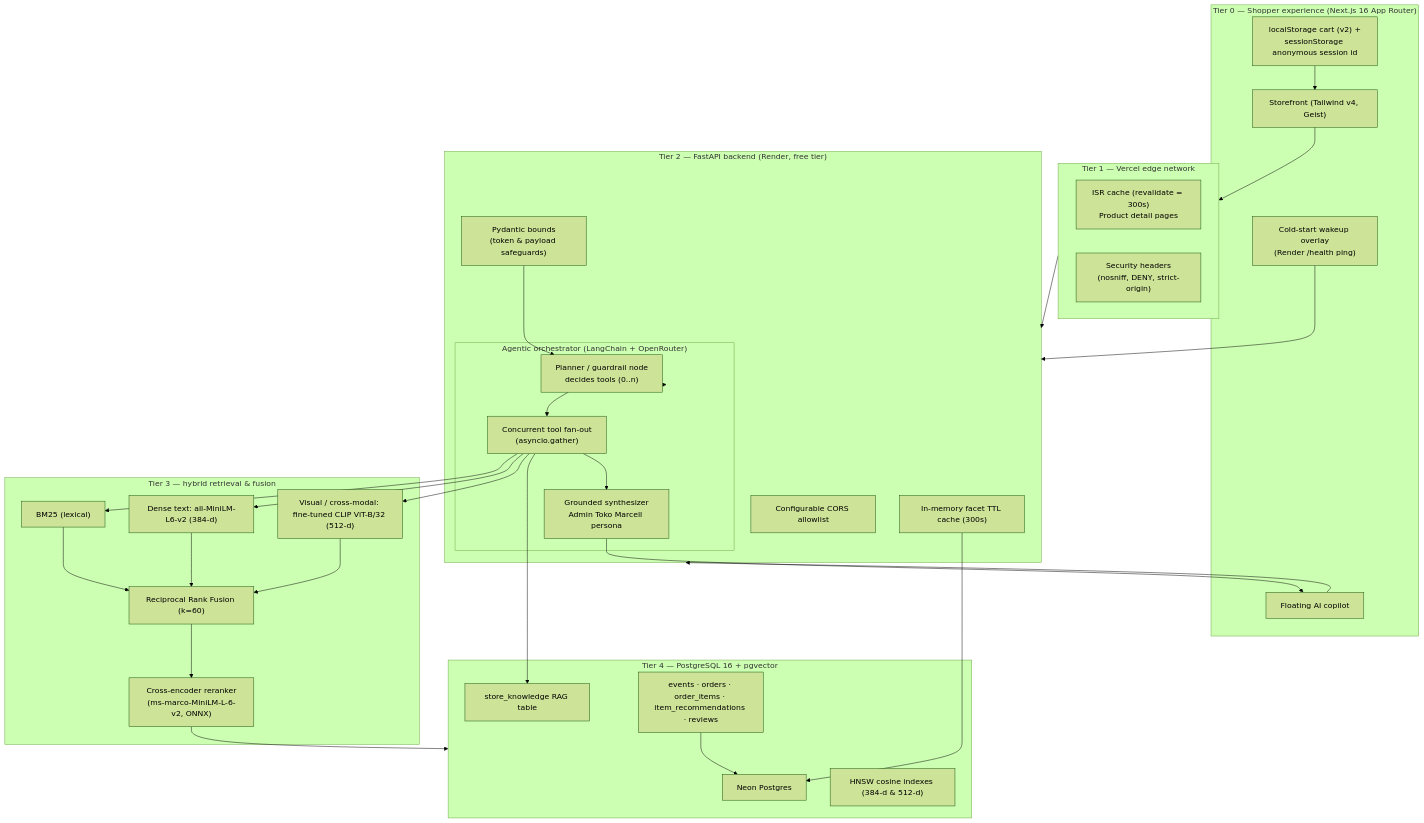
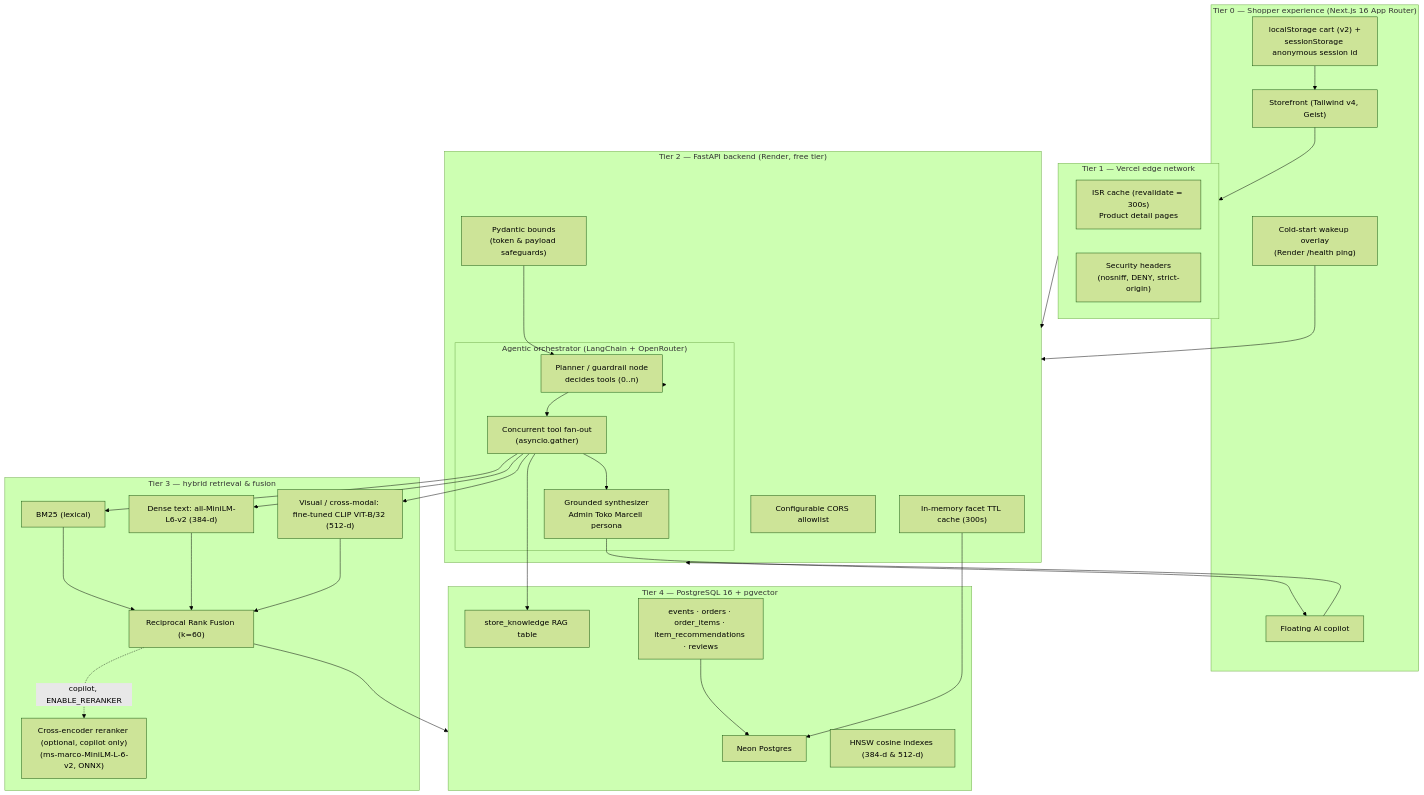
One commit to marknshoot/toko-marcell changed the first of 4 diagrams in README.md. Above: the diagram before and after it, drawn with Mermaid (forest theme). The commit also changed other lines of this file and 7 other files, not shown here.

````diff
--- a/README.md
+++ b/README.md
@@ -136,53 +136,54 @@
 ```mermaid
 flowchart TD
     subgraph Client["Tier 0 — Shopper experience (Next.js 16 App Router)"]
         UI["Storefront (Tailwind v4, Geist)"]
         Chat["Floating AI copilot"]
         Wakeup["Cold-start wakeup overlay<br/>(Render /health ping)"]
         ClientState["localStorage cart (v2) +<br/>sessionStorage anonymous session id"]
     end
 
     subgraph Edge["Tier 1 — Vercel edge network"]
         ISR["ISR cache (revalidate = 300s)<br/>Product detail pages"]
         Headers["Security headers<br/>(nosniff, DENY, strict-origin)"]
     end
 
     subgraph API["Tier 2 — FastAPI backend (Render, free tier)"]
         CORS["Configurable CORS allowlist"]
         Cache["In-memory facet TTL cache (300s)"]
         Val["Pydantic bounds<br/>(token & payload safeguards)"]
         subgraph Orchestration["Agentic orchestrator (LangChain + OpenRouter)"]
             Planner["Planner / guardrail node<br/>decides tools (0..n)"]
             Fanout["Concurrent tool fan-out<br/>(asyncio.gather)"]
             Synth["Grounded synthesizer<br/>Admin Toko Marcell persona"]
         end
     end
 
     subgraph Retrieval["Tier 3 — hybrid retrieval & fusion"]
         BM25["BM25 (lexical)"]
         MiniLM["Dense text: all-MiniLM-L6-v2 (384-d)"]
         CLIP["Visual / cross-modal: fine-tuned CLIP ViT-B/32 (512-d)"]
         RRF["Reciprocal Rank Fusion (k=60)"]
-        CE["Cross-encoder reranker<br/>(ms-marco-MiniLM-L-6-v2, ONNX)"]
+        CE["Cross-encoder reranker (optional, copilot only)<br/>(ms-marco-MiniLM-L-6-v2, ONNX)"]
     end
 
     subgraph Storage["Tier 4 — PostgreSQL 16 + pgvector"]
         PG["Neon Postgres"]
         HNSW["HNSW cosine indexes (384-d & 512-d)"]
         RAG["store_knowledge RAG table"]
         Ops["events · orders · order_items · item_recommendations · reviews"]
     end
 
     UI --> Edge --> API
     Chat --> API
     Wakeup --> API
     ClientState --> UI
     API --> Planner --> Fanout
     Fanout --> BM25 & MiniLM & CLIP
-    BM25 & MiniLM & CLIP --> RRF --> CE --> Storage
+    BM25 & MiniLM & CLIP --> RRF --> Storage
+    RRF -. "copilot, ENABLE_RERANKER" .-> CE
     Fanout --> RAG
     Fanout --> Synth --> Chat
     Cache --> PG
     Val --> Planner
     Ops --> PG
 ```
````
